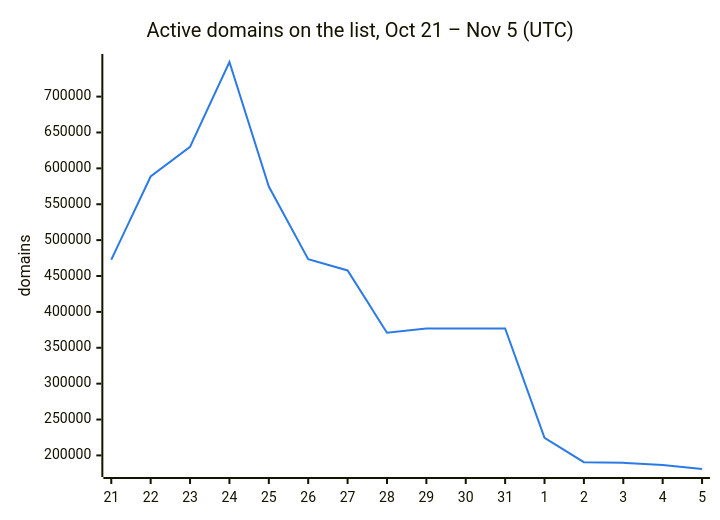
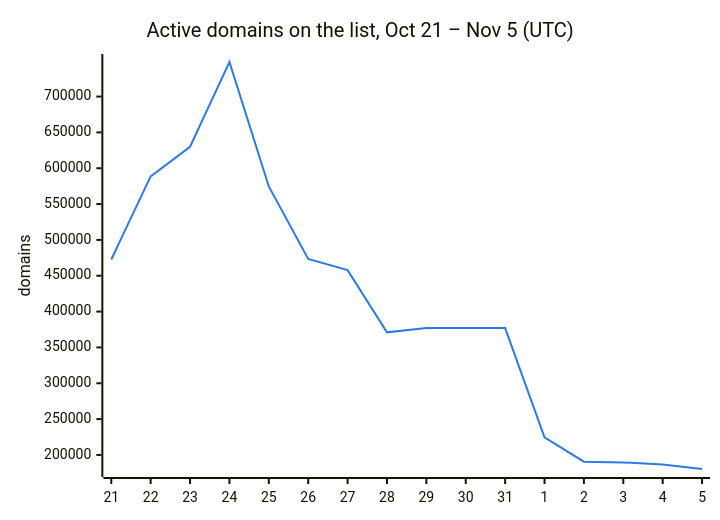
Before and after one commit to DNSBunker/CTI: the second of 3 diagrams in README.md, drawn with Mermaid. The commit also changed other lines of this file and 3 other files, not shown here.

````diff
--- a/README.md
+++ b/README.md
@@ -38,8 +38,8 @@
 ```mermaid
 %%{init: {"themeVariables": {"xyChart": {"plotColorPalette": "#2c7be5"}}}}%%
 xychart-beta
     title "Active domains on the list, Oct 21 – Nov 5 (UTC)"
     x-axis ["21", "22", "23", "24", "25", "26", "27", "28", "29", "30", "31", "1", "2", "3", "4", "5"]
     y-axis "domains"
-    line [472713, 588659, 629951, 748222, 574614, 473331, 457795, 371010, 376945, 376945, 376945, 224607, 190603, 189609, 186630, 181069]
+    line [472713, 588659, 629951, 748222, 574614, 473331, 457795, 371010, 376945, 376945, 376945, 224607, 190603, 189609, 186630, 180375]
 ```
````
